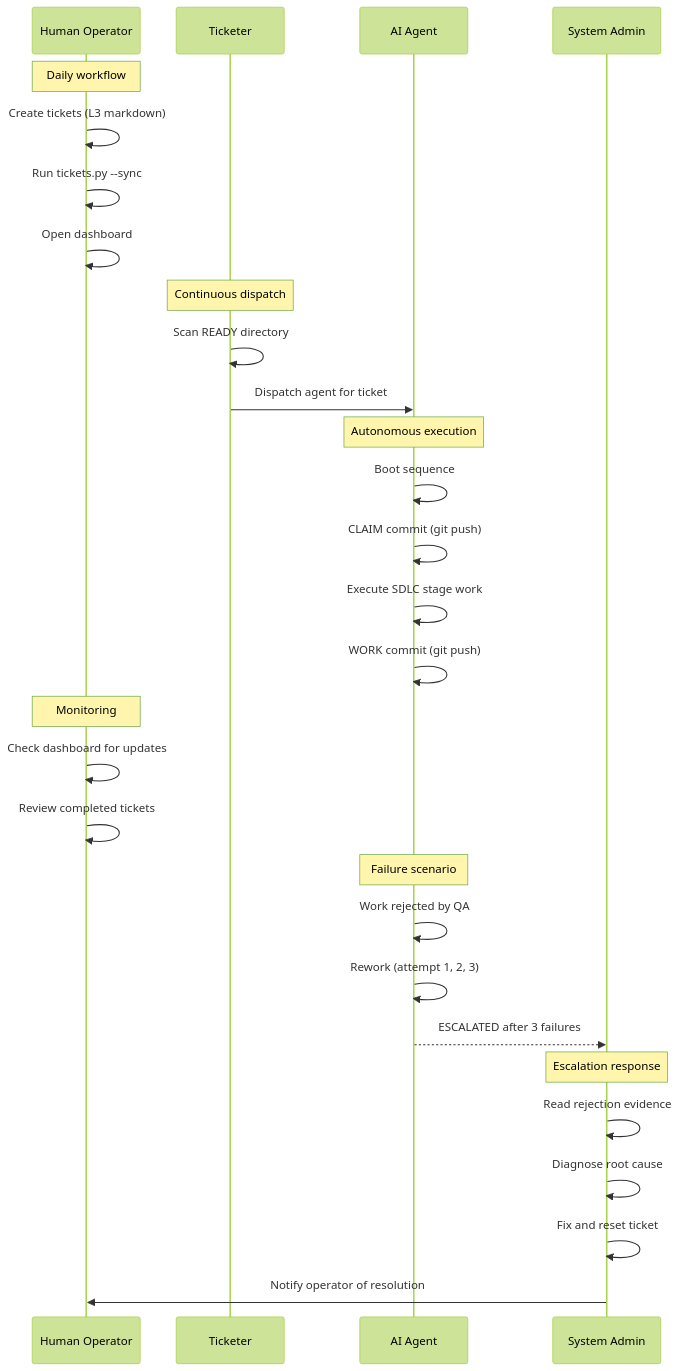
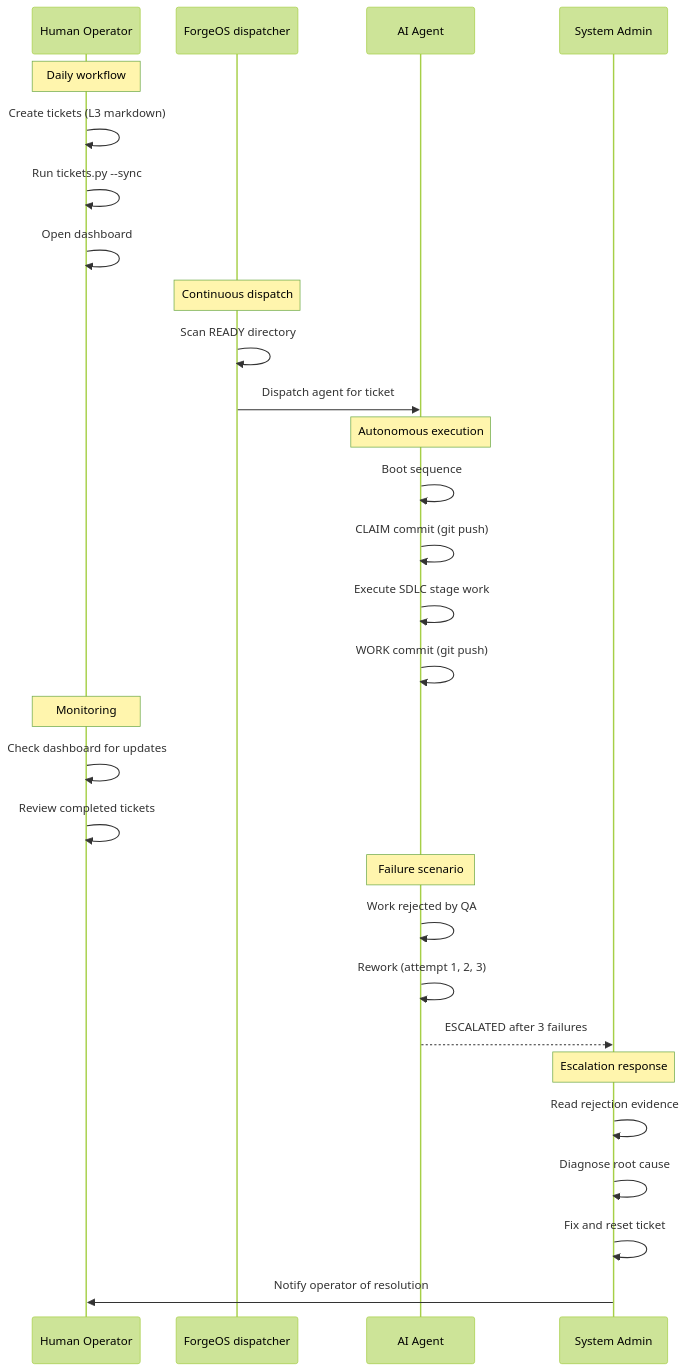
The fifth of 5 diagrams in docs/product/user-personas.md (ReaperOAK/ForgeOS), drawn with Mermaid (forest theme) before and after one commit. The commit also changed other lines of this file and 119 other files, not shown here.

````diff
--- a/docs/product/user-personas.md
+++ b/docs/product/user-personas.md
@@ -402,37 +402,37 @@
 ```mermaid
 sequenceDiagram
     participant Op as Human Operator
-    participant Oak as Ticketer
+    participant Oak as ForgeOS dispatcher
     participant Agent as AI Agent
     participant Admin as System Admin
 
     Note over Op: Daily workflow
     Op->>Op: Create tickets (L3 markdown)
     Op->>Op: Run tickets.py --sync
     Op->>Op: Open dashboard
 
     Note over Oak: Continuous dispatch
     Oak->>Oak: Scan READY directory
     Oak->>Agent: Dispatch agent for ticket
 
     Note over Agent: Autonomous execution
     Agent->>Agent: Boot sequence
     Agent->>Agent: CLAIM commit (git push)
     Agent->>Agent: Execute SDLC stage work
     Agent->>Agent: WORK commit (git push)
 
     Note over Op: Monitoring
     Op->>Op: Check dashboard for updates
     Op->>Op: Review completed tickets
 
     Note over Agent: Failure scenario
     Agent->>Agent: Work rejected by QA
     Agent->>Agent: Rework (attempt 1, 2, 3)
     Agent-->>Admin: ESCALATED after 3 failures
 
     Note over Admin: Escalation response
     Admin->>Admin: Read rejection evidence
     Admin->>Admin: Diagnose root cause
     Admin->>Admin: Fix and reset ticket
     Admin->>Op: Notify operator of resolution
 ```
````
